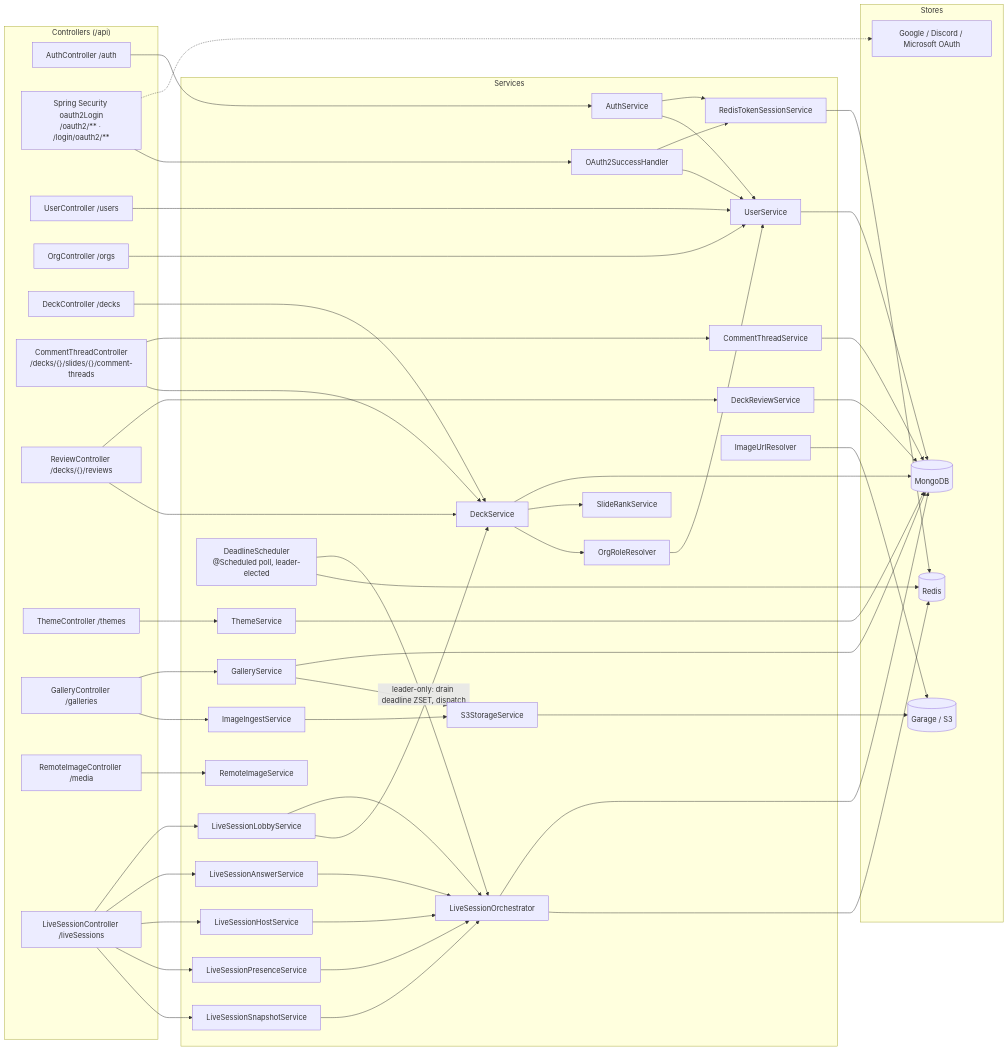
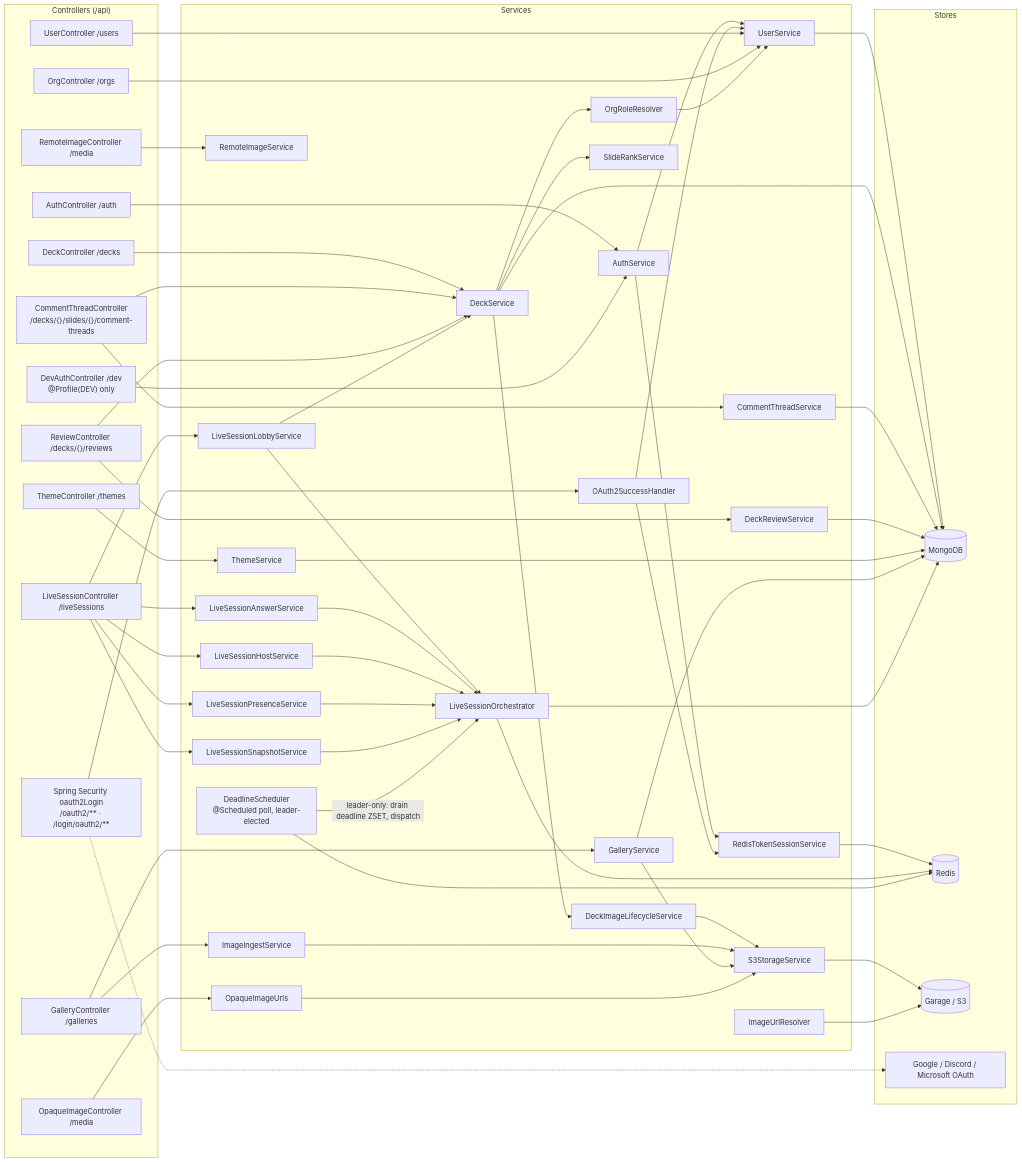
One commit to Saganaut/ambi changed the first of 2 diagrams in z-docs/diagrams/backend-services.md. Above: the diagram before and after it, drawn with Mermaid. The commit also changed other lines of this file and 91 other files, not shown here.

```diff
--- a/z-docs/diagrams/backend-services.md
+++ b/z-docs/diagrams/backend-services.md
@@ -23,7 +23,9 @@
         THEME["ThemeController /themes"]
         GAL["GalleryController /galleries"]
         RIMG["RemoteImageController /media"]
+        OIMG["OpaqueImageController /media"]
         LSC["LiveSessionController /liveSessions"]
+        DEV["DevAuthController /dev<br/>@Profile(DEV) only"]
     end
 
     subgraph services["Services"]
@@ -34,6 +36,7 @@
         ORR["OrgRoleResolver"]
         DS["DeckService"]
         SR["SlideRankService"]
+        DIL["DeckImageLifecycleService"]
         CS["CommentThreadService"]
         DRS["DeckReviewService"]
         THS["ThemeService"]
@@ -49,6 +52,7 @@
         SCHED["DeadlineScheduler<br/>@Scheduled poll, leader-elected"]
         S3["S3StorageService"]
         IUR["ImageUrlResolver"]
+        OIU["OpaqueImageUrls"]
     end
 
     subgraph stores["Stores"]
@@ -68,6 +72,7 @@
 
     DECK --> DS --> MONGO
     DS --> SR
+    DS --> DIL --> S3
     DS --> ORR --> USVC
     COMMENT --> CS --> MONGO
     COMMENT --> DS
@@ -80,6 +85,8 @@
     GS --> S3
     IUR --> OBJ
     RIMG --> RIS
+    OIMG --> OIU --> S3
+    DEV --> AS
 
     LSC --> LLS --> ORCH
     LSC --> LAS --> ORCH
```
